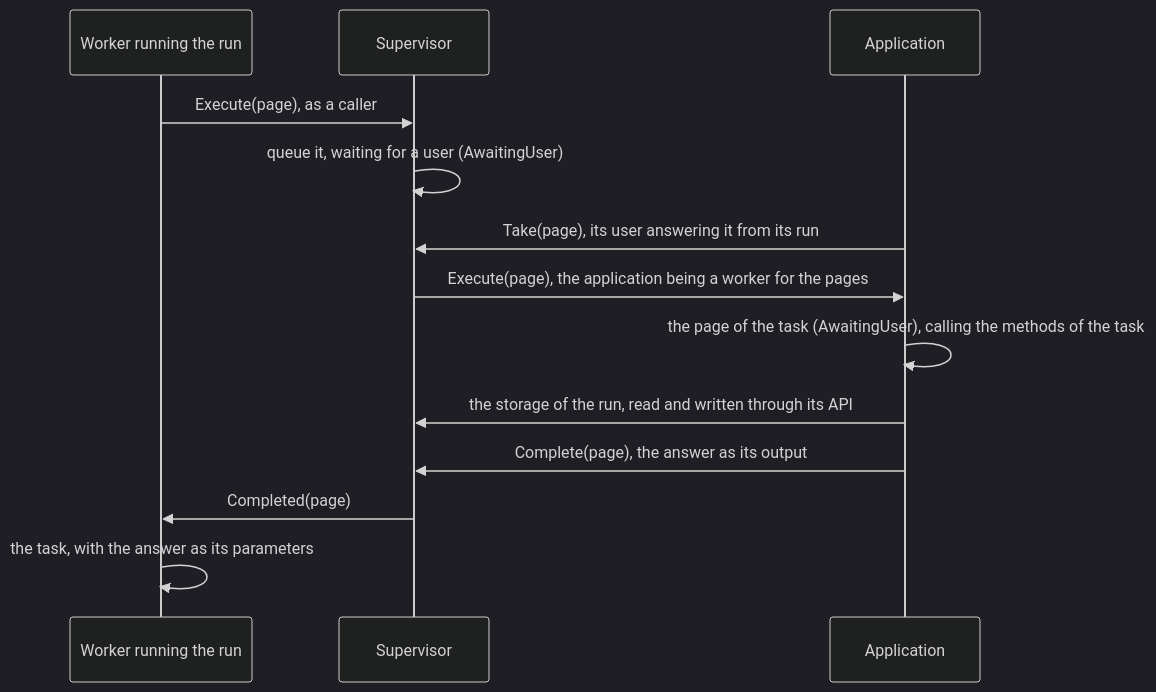
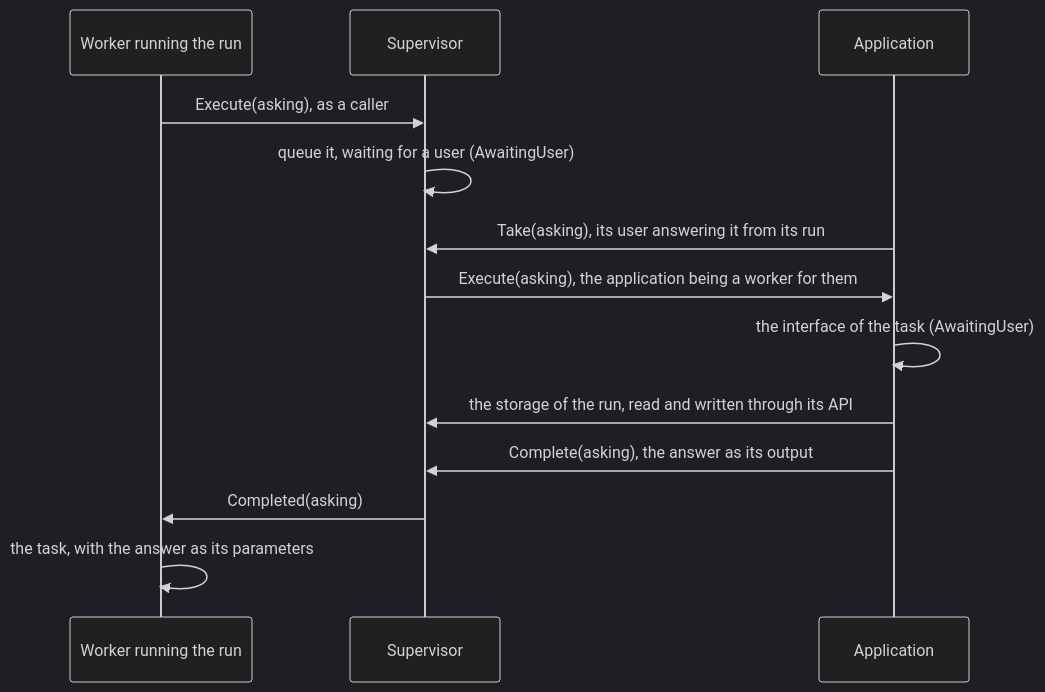
One commit to ndegheselle/Fantoche-automation changed the fourth of 5 diagrams in architecture.md. Above: the diagram before and after it, drawn with Mermaid (dark theme). The commit also changed other lines of this file and 75 other files, not shown here.

````diff
--- a/architecture.md
+++ b/architecture.md
@@ -153,15 +154,15 @@
 ```mermaid
 sequenceDiagram
     participant Worker as Worker running the run
     participant Supervisor
     participant App as Application
-    Worker->>Supervisor: Execute(page), as a caller
+    Worker->>Supervisor: Execute(asking), as a caller
     Supervisor->>Supervisor: queue it, waiting for a user (AwaitingUser)
-    App->>Supervisor: Take(page), its user answering it from its run
-    Supervisor->>App: Execute(page), the application being a worker for the pages
-    App->>App: the page of the task (AwaitingUser), calling the methods of the task
+    App->>Supervisor: Take(asking), its user answering it from its run
+    Supervisor->>App: Execute(asking), the application being a worker for them
+    App->>App: the interface of the task (AwaitingUser)
     App->>Supervisor: the storage of the run, read and written through its API
-    App->>Supervisor: Complete(page), the answer as its output
-    Supervisor->>Worker: Completed(page)
+    App->>Supervisor: Complete(asking), the answer as its output
+    Supervisor->>Worker: Completed(asking)
     Worker->>Worker: the task, with the answer as its parameters
 ```
````
